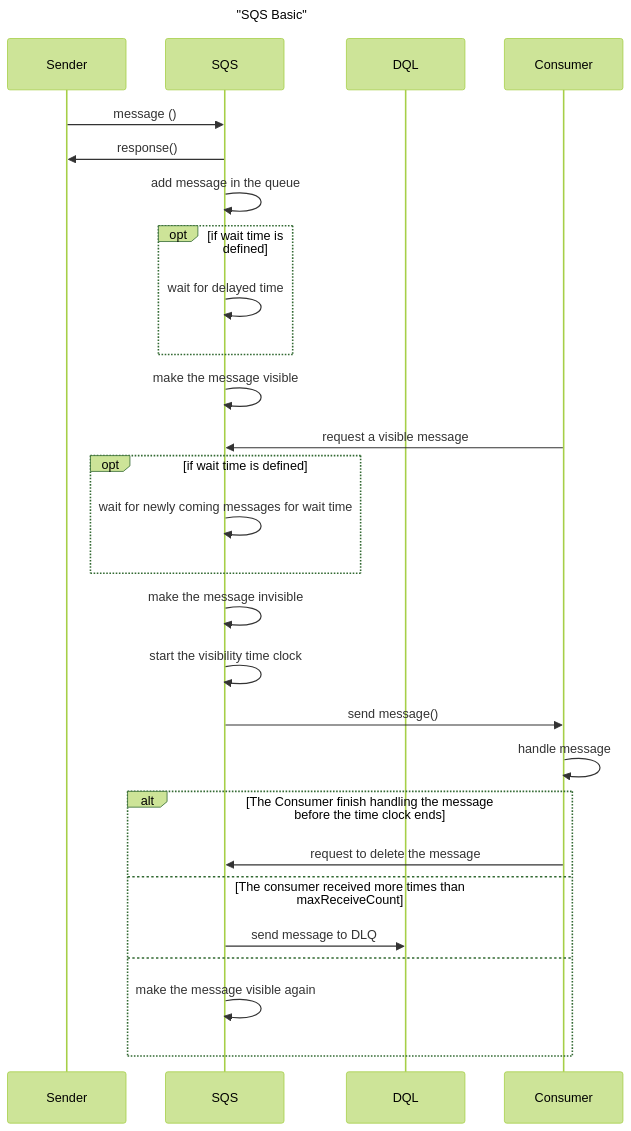
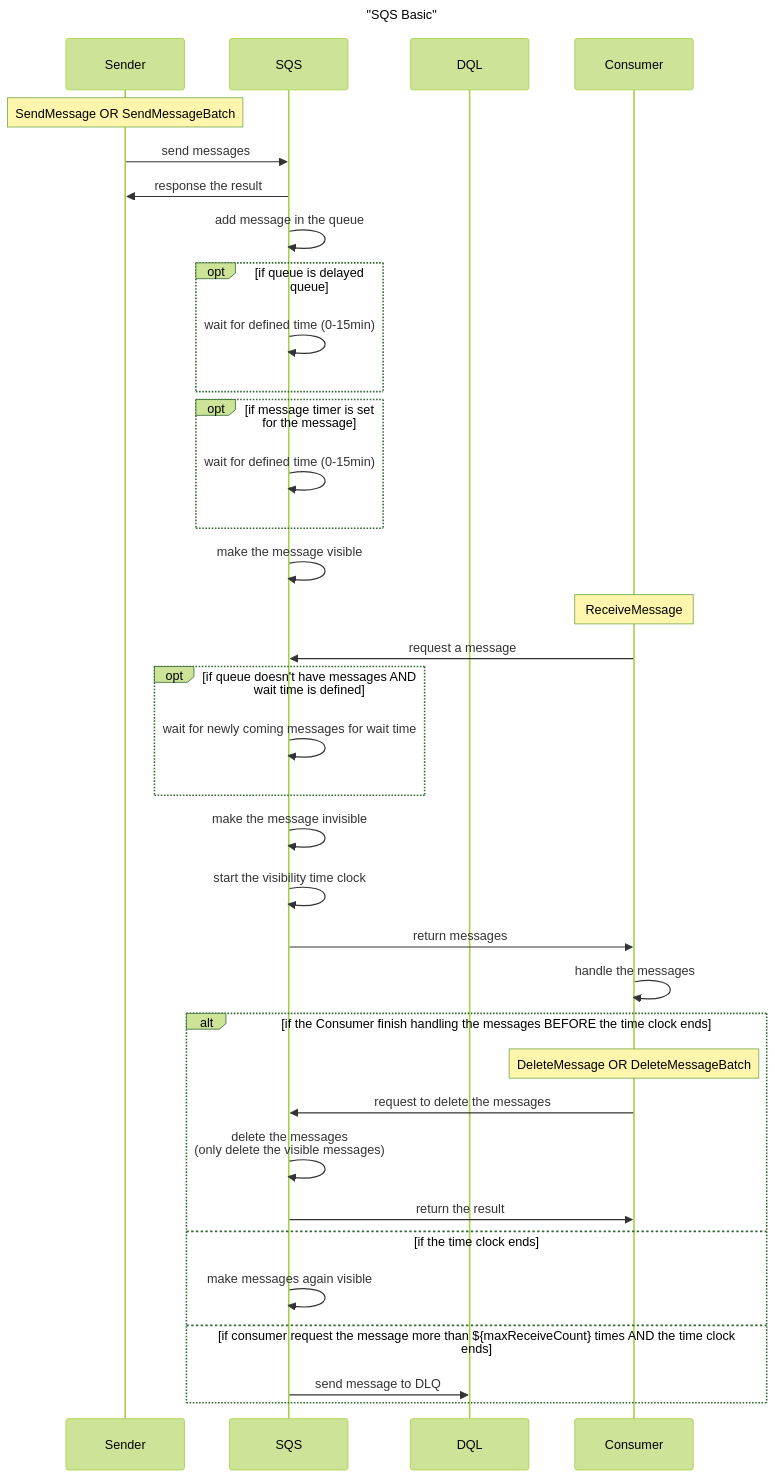
The diagram in sqs.mermaid (maclt/sequence-diagram), drawn with Mermaid (forest theme) before and after one commit.

```diff
--- a/sqs.mermaid
+++ b/sqs.mermaid
@@ -1,30 +1,39 @@
 sequenceDiagram
 title "SQS Basic"
 
 participant Sender
 participant SQS
 participant DQL
 participant Consumer
-
-    Sender ->> SQS : message ()
-    SQS ->> Sender: response()
+    Note over Sender: SendMessage OR SendMessageBatch
+    Sender ->> SQS : send messages
+    SQS ->> Sender: response the result
     SQS ->> SQS: add message in the queue
-    opt if wait time is defined
-        SQS ->> SQS: wait for delayed time
+    opt if queue is delayed queue
+        SQS ->> SQS: wait for defined time (0-15min)
     end
+    opt if message timer is set for the message
+        SQS ->> SQS: wait for defined time (0-15min)
+    end
+    %% If both the queue-level delay and the message-level timer are used, the delays are additive. <br/> The max delay in total is 15 min.
     SQS ->> SQS: make the message visible
-    Consumer ->> SQS: request a visible message
-    opt if wait time is defined
+    Note over Consumer: ReceiveMessage
+    Consumer ->> SQS: request a message
+    opt if queue doesn't have messages AND wait time is defined
+        %%  SQS: wait time setting is for long polling
         SQS ->> SQS: wait for newly coming messages for wait time
     end
     SQS ->> SQS: make the message invisible
     SQS ->> SQS: start the visibility time clock
-    SQS ->> Consumer: send message()
-    Consumer ->> Consumer: handle message
-    alt The Consumer finish handling the message before the time clock ends
-        Consumer ->> SQS: request to delete the message
-    else The consumer received more times than maxReceiveCount
+    SQS ->> Consumer: return messages
+    Consumer ->> Consumer: handle the messages
+    alt if the Consumer finish handling the messages BEFORE the time clock ends
+        Note over Consumer: DeleteMessage OR DeleteMessageBatch
+        Consumer ->> SQS: request to delete the messages
+        SQS ->> SQS: delete the messages<br/>(only delete the visible messages)
+        SQS ->> Consumer: return the result
+    else if the time clock ends
+        SQS ->> SQS: make messages again visible
+    else if consumer request the message more than ${maxReceiveCount} times AND the time clock ends
         SQS ->> DQL: send message to DLQ
-    else
-        SQS ->> SQS: make the message visible again
     end
```
